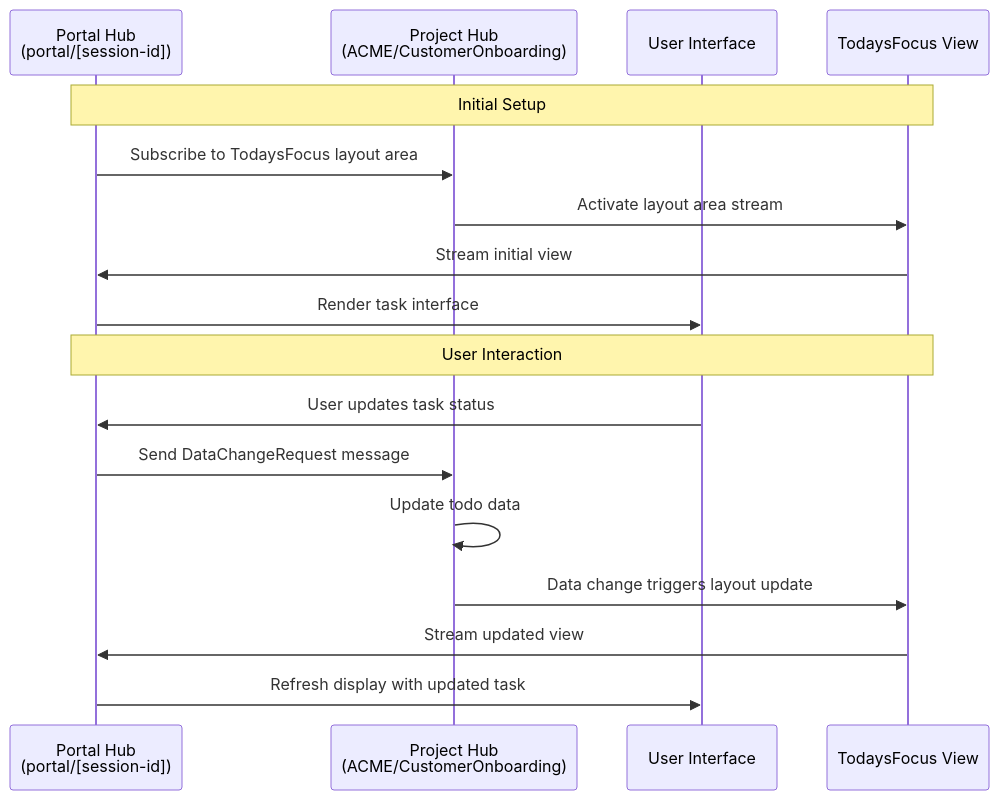
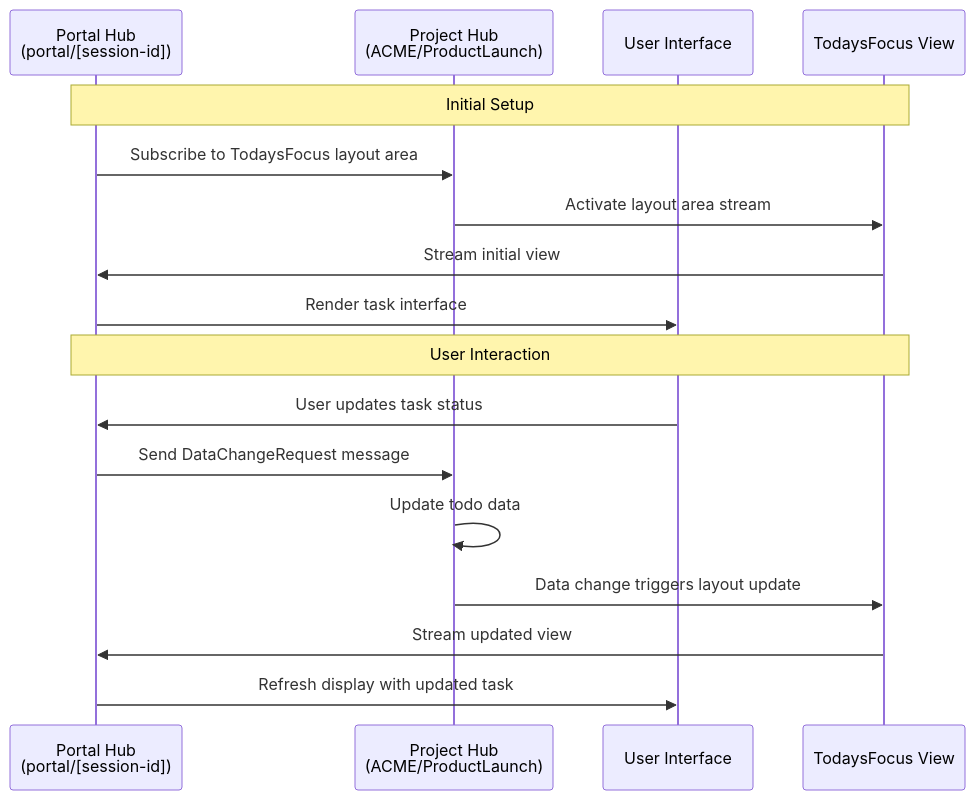
Before and after one commit to Systemorph/MeshWeaver: the diagram in dist/templates/samples/Graph/Data/ACME/Documentation/Architecture.md, drawn with Mermaid. The commit also changed other lines of this file and 27 other files, not shown here.

````diff
--- a/dist/templates/samples/Graph/Data/ACME/Documentation/Architecture.md
+++ b/dist/templates/samples/Graph/Data/ACME/Documentation/Architecture.md
@@ -127,21 +117,21 @@
 ```mermaid
 sequenceDiagram
     participant Portal as Portal Hub<br/>(portal/[session-id])
-    participant ProjectHub as Project Hub<br/>(ACME/CustomerOnboarding)
+    participant ProjectHub as Project Hub<br/>(ACME/ProductLaunch)
     participant UI as User Interface
     participant LayoutArea as TodaysFocus View
 
     Note over Portal,LayoutArea: Initial Setup
     Portal->>ProjectHub: Subscribe to TodaysFocus layout area
     ProjectHub->>LayoutArea: Activate layout area stream
     LayoutArea->>Portal: Stream initial view
     Portal->>UI: Render task interface
 
     Note over Portal,LayoutArea: User Interaction
     UI->>Portal: User updates task status
     Portal->>ProjectHub: Send DataChangeRequest message
     ProjectHub->>ProjectHub: Update todo data
     ProjectHub->>LayoutArea: Data change triggers layout update
     LayoutArea->>Portal: Stream updated view
     Portal->>UI: Refresh display with updated task
 ```
````
